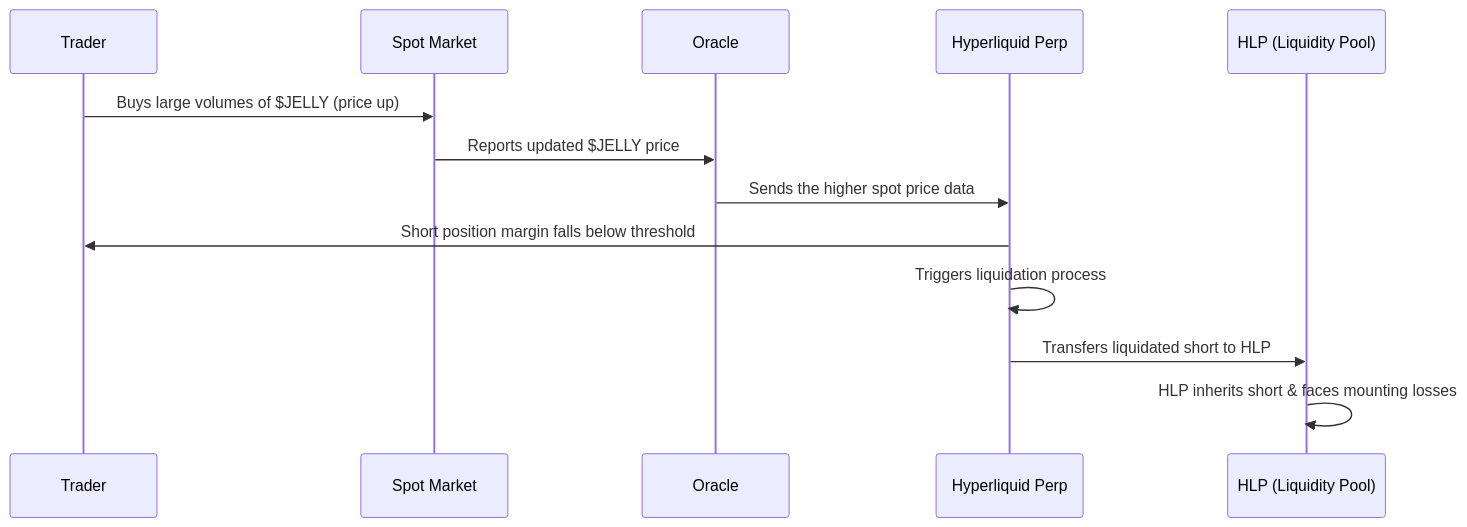
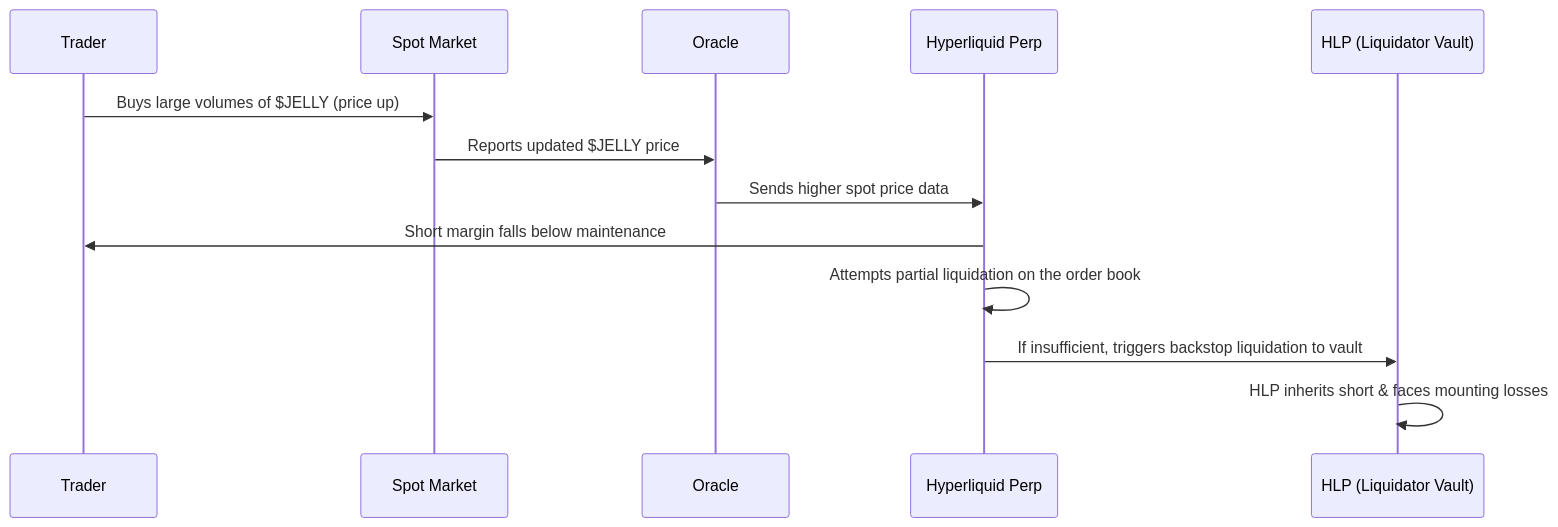
The diagram in _posts/2025-03-27-Anatomy-DEX-Exploit-Hyperliquid-Perp-JELLY.md (thogiti/thogiti.github.io), drawn with Mermaid before and after one commit. The commit also changed other lines of this file, not shown here.

````diff
--- a/_posts/2025-03-27-Anatomy-DEX-Exploit-Hyperliquid-Perp-JELLY.md
+++ b/_posts/2025-03-27-Anatomy-DEX-Exploit-Hyperliquid-Perp-JELLY.md
@@ -63,16 +77,16 @@
 ```mermaid
 sequenceDiagram
     participant Trader
     participant SpotMarket as Spot Market
     participant Oracle
     participant HyperliquidPerp as Hyperliquid Perp
-    participant HLP as HLP (Liquidity Pool)
+    participant HLP as HLP (Liquidator Vault)
 
     Trader->>SpotMarket: Buys large volumes of $JELLY (price up)
     SpotMarket->>Oracle: Reports updated $JELLY price
-    Oracle->>HyperliquidPerp: Sends the higher spot price data
-    HyperliquidPerp->>Trader: Short position margin falls below threshold
-    HyperliquidPerp->>HyperliquidPerp: Triggers liquidation process
-    HyperliquidPerp->>HLP: Transfers liquidated short to HLP
+    Oracle->>HyperliquidPerp: Sends higher spot price data
+    HyperliquidPerp->>Trader: Short margin falls below maintenance
+    HyperliquidPerp->>HyperliquidPerp: Attempts partial liquidation on the order book
+    HyperliquidPerp->>HLP: If insufficient, triggers backstop liquidation to vault
     HLP->>HLP: HLP inherits short & faces mounting losses
 ```
````
